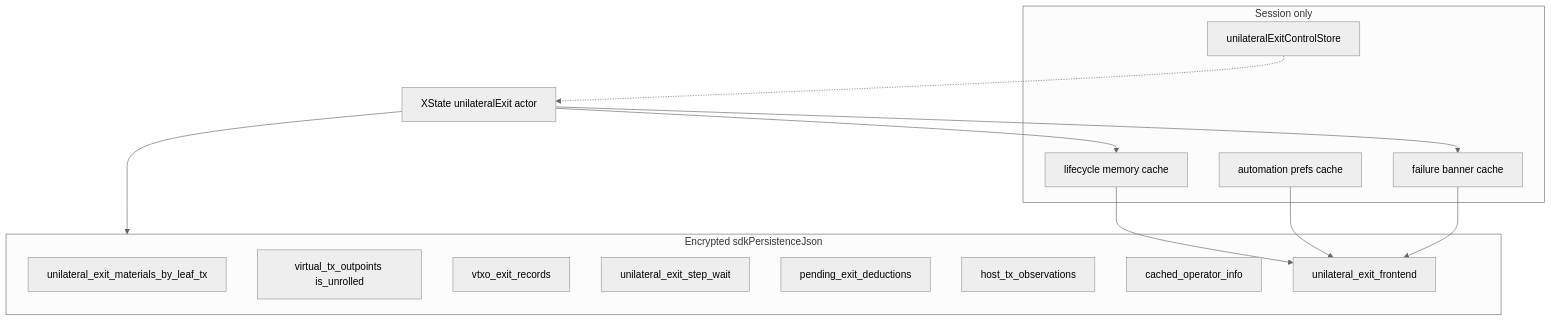
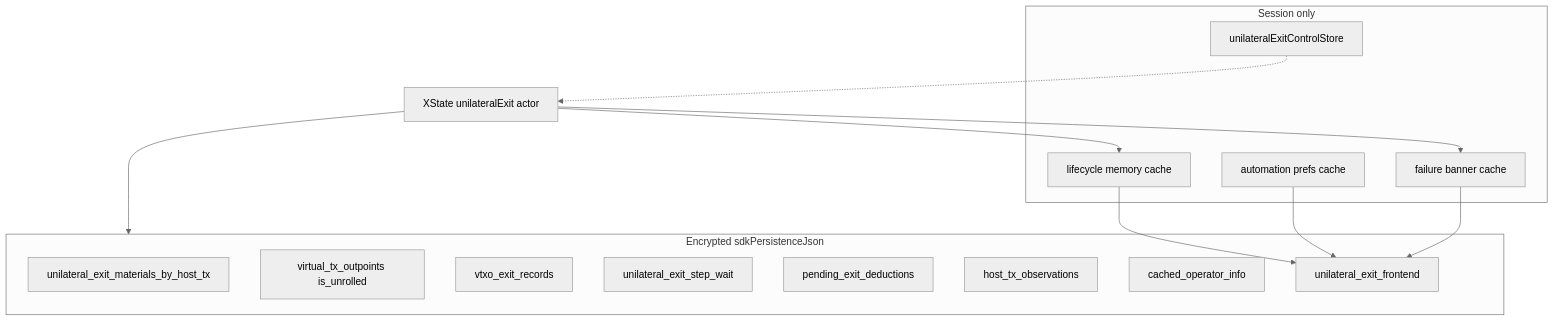
The diagram in docs/persistence/unilateral-exit.md (Radivis/bitboard-pwa-wallet), drawn with Mermaid (neutral theme) before and after one commit. The commit also changed other lines of this file and 37 other files, not shown here.

Commit message:
Renamed leaf txs to host txs where appropriate to reflect that generalization in variable naming

````diff
--- a/docs/persistence/unilateral-exit.md
+++ b/docs/persistence/unilateral-exit.md
@@ -7,27 +7,27 @@
 ```mermaid
 flowchart TB
   subgraph wasmLayer [Encrypted sdkPersistenceJson]
-    materials[unilateral_exit_materials_by_leaf_tx]
+    materials[unilateral_exit_materials_by_host_tx]
     vtxos[virtual_tx_outpoints is_unrolled]
     records[vtxo_exit_records]
     stepWait[unilateral_exit_step_wait]
     deductions[pending_exit_deductions]
     hostObs[host_tx_observations]
     cachedInfo[cached_operator_info]
     frontendBundle[unilateral_exit_frontend]
   end
   subgraph memoryOnly [Session only]
     jobCache[lifecycle memory cache]
     prefsCache[automation prefs cache]
     failureCache[failure banner cache]
     controlStore[unilateralExitControlStore]
   end
   actor[XState unilateralExit actor]
   actor --> jobCache
   actor --> failureCache
   actor --> wasmLayer
   jobCache --> frontendBundle
   prefsCache --> frontendBundle
   failureCache --> frontendBundle
   controlStore -.-> actor
 ```
````
